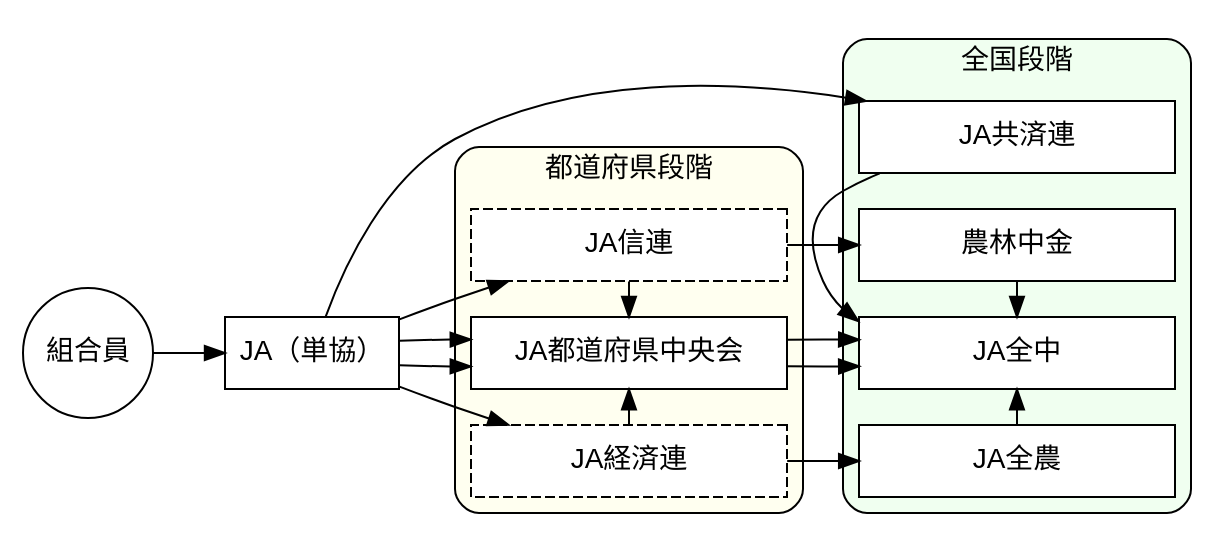
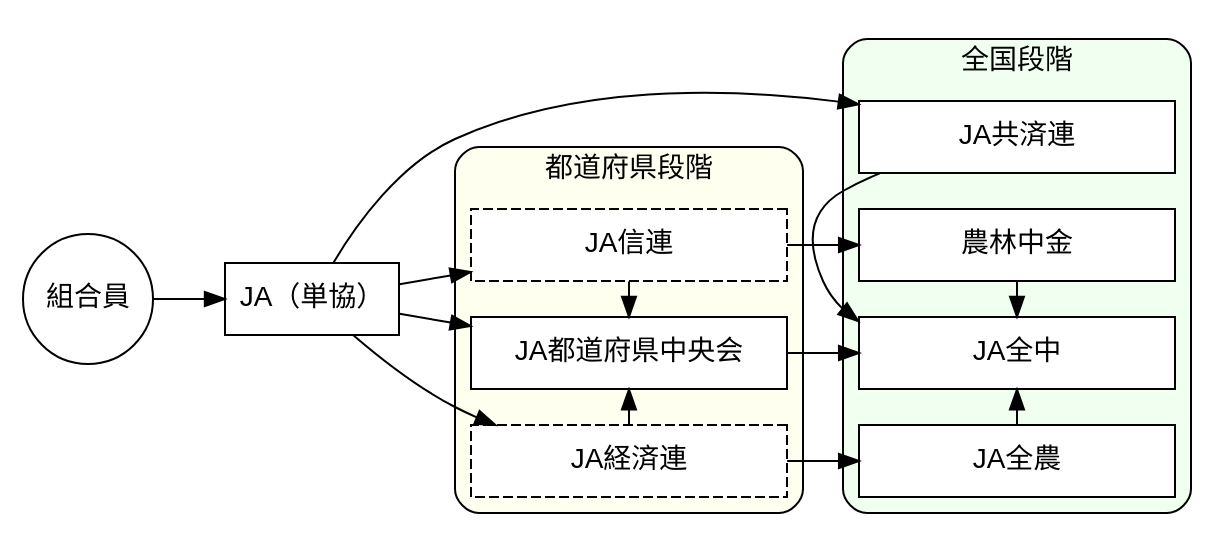
The diagram in data/Systematic_organization_of_ja2_0.gv (takeshinishimura/Cooperative), drawn with Graphviz before and after one commit. The commit also changed 2 other files, not shown here.

```diff
--- a/data/Systematic_organization_of_ja2_0.gv
+++ b/data/Systematic_organization_of_ja2_0.gv
@@ -1,45 +1,44 @@
 digraph ja2 {
   graph [rankdir = LR]
 
   node [fontname = Helvetica,
     shape = box,
     fixedsize = false,
     style = filled,
     fillcolor = white]
   組合員 [shape = circle, width = 0.9]
   JA（単協）
   node [width = 2.2]
   JA共済連; JA都道府県中央会; JA全農; 農林中金; JA全中
   node [width = 2.2,
     shape = box,
     style = "dashed,filled"]
   JA経済連; JA信連
 
   edge []
   組合員 -> JA（単協）
   JA（単協） -> JA経済連 -> JA全農
   JA（単協） -> JA共済連
   JA（単協） -> JA信連 -> 農林中金
   JA（単協） -> JA都道府県中央会 -> JA全中
-  JA（単協） -> JA都道府県中央会 -> JA全中
   JA経済連 -> JA都道府県中央会
   JA信連 -> JA都道府県中央会
   JA全農 -> JA全中
   JA共済連 -> JA全中
   農林中金 -> JA全中
 
   subgraph cluster1 {
     label = "都道府県段階"
     fontname = Helvetica
     bgcolor = ivory
     style = rounded
     {rank = same; JA経済連; JA信連; JA都道府県中央会}
   }
   subgraph cluster0 {
     label = "全国段階"
     fontname = Helvetica
     bgcolor = honeydew
     style = rounded
     {rank = same; JA全農; JA共済連; 農林中金; JA全中}
   }
 }
```
